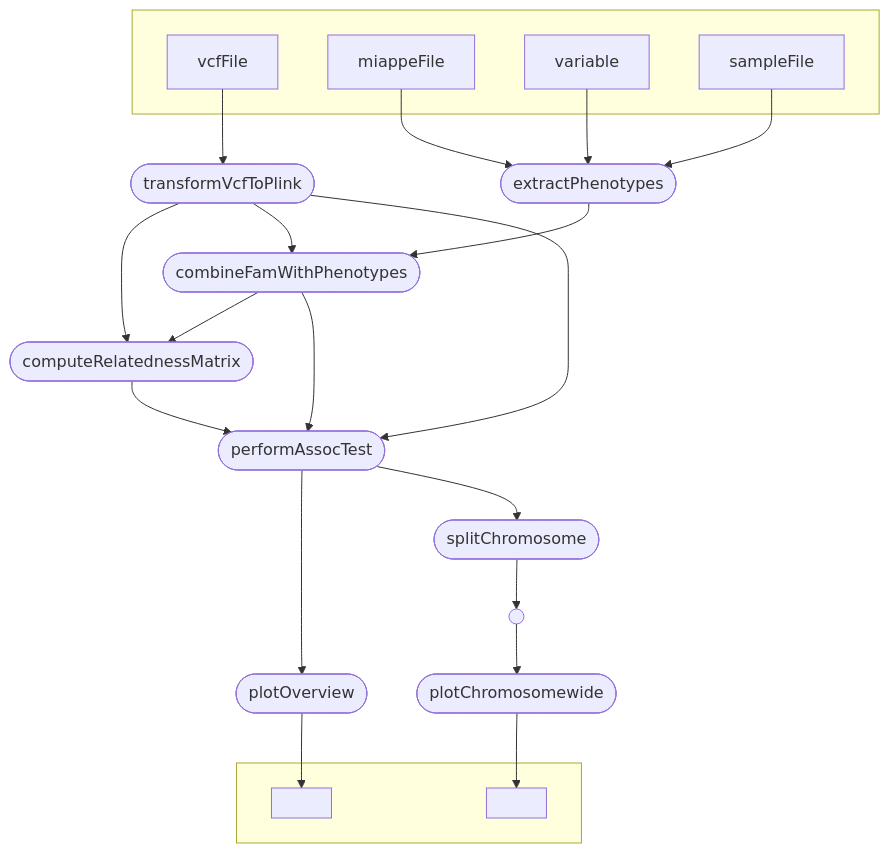
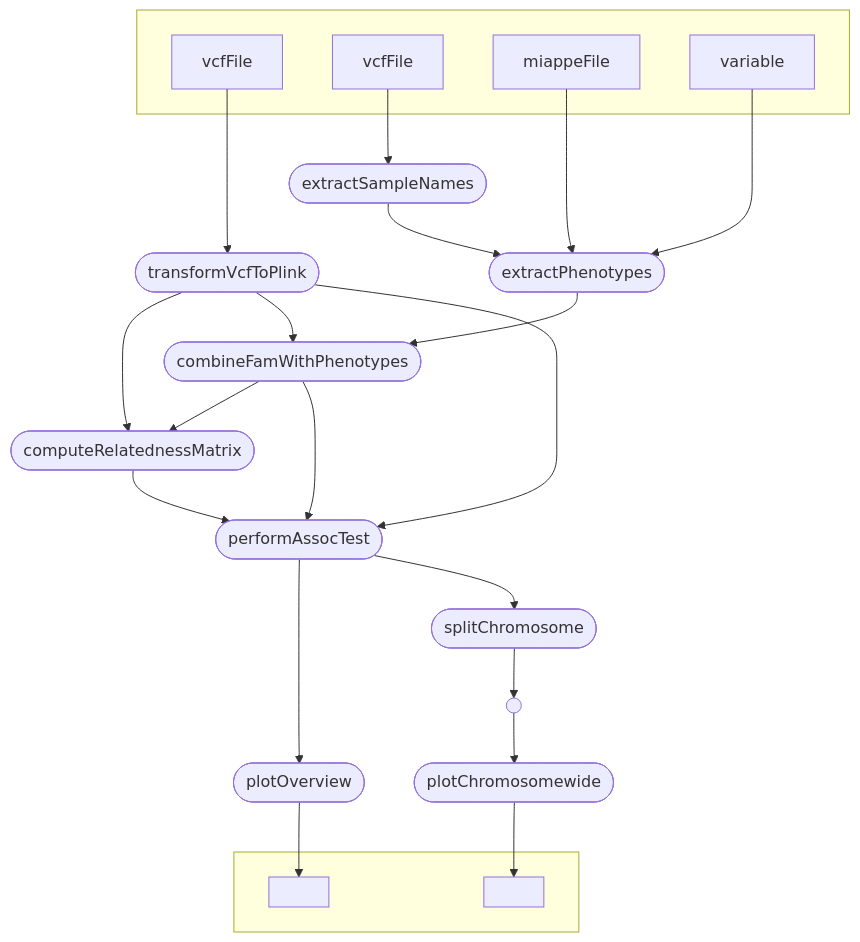
The diagram in README.md (IPK-BIT/divassociate), drawn with Mermaid before and after one commit.

````diff
--- a/README.md
+++ b/README.md
@@ -6,39 +6,41 @@
 ```mermaid
 flowchart TB
     subgraph " "
     v0["vcfFile"]
-    v2["miappeFile"]
-    v3["variable"]
-    v4["sampleFile"]
+    v2["vcfFile"]
+    v4["miappeFile"]
+    v5["variable"]
     end
     v1([transformVcfToPlink])
-    v5([extractPhenotypes])
-    v6([combineFamWithPhenotypes])
-    v7([computeRelatednessMatrix])
-    v8([performAssocTest])
-    v9([plotOverview])
+    v3([extractSampleNames])
+    v6([extractPhenotypes])
+    v7([combineFamWithPhenotypes])
+    v8([computeRelatednessMatrix])
+    v9([performAssocTest])
+    v10([plotOverview])
     subgraph " "
-    v10[" "]
-    v14[" "]
+    v11[" "]
+    v15[" "]
     end
-    v11([splitChromosome])
-    v13([plotChromosomewide])
-    v12(( ))
+    v12([splitChromosome])
+    v14([plotChromosomewide])
+    v13(( ))
     v0 --> v1
+    v1 --> v8
     v1 --> v7
-    v1 --> v6
-    v1 --> v8
-    v2 --> v5
-    v3 --> v5
-    v4 --> v5
+    v1 --> v9
+    v2 --> v3
+    v3 --> v6
+    v4 --> v6
     v5 --> v6
     v6 --> v7
-    v6 --> v8
     v7 --> v8
+    v7 --> v9
     v8 --> v9
-    v8 --> v11
     v9 --> v10
-    v11 --> v12
+    v9 --> v12
+    v10 --> v11
     v12 --> v13
     v13 --> v14
+    v14 --> v15
 ```
````
